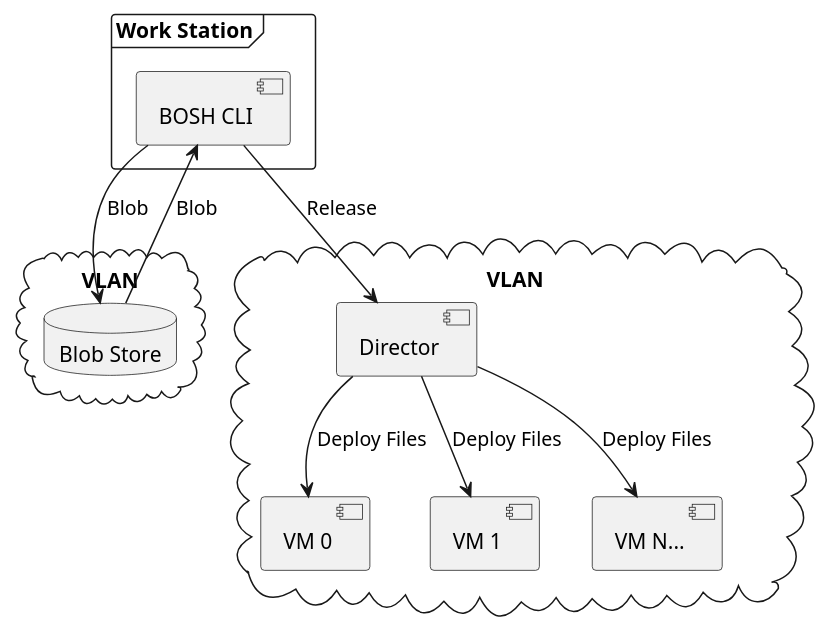
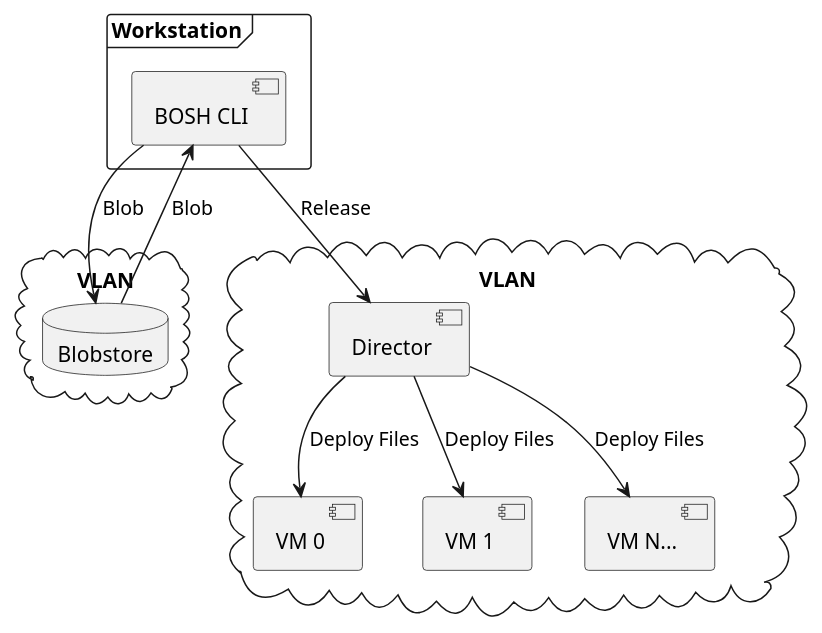
Before and after one commit to keitax/blog-posts: the diagram in puml/20190513-bosh-release.pu, drawn with PlantUML. The commit also changed 2 other files, not shown here.

```diff
--- a/puml/20190513-bosh-release.pu
+++ b/puml/20190513-bosh-release.pu
@@ -1,27 +1,27 @@
 @startuml
 
 skinparam componentStyle uml2
 
-frame "Work Station" {
+frame "Workstation" {
     component "BOSH CLI" as cli
 }
 
 cloud "VLAN" as vlan0 {
-    database "Blob Store" as bstore
+    database "Blobstore" as bstore
 }
 
 cloud "VLAN" as vlan1 {
     component "Director" as director
     component "VM 0" as vm0
     component "VM 1" as vm1
     component "VM N..." as vmn
 }
 
 cli --> bstore : Blob
 bstore --> cli : Blob
 cli --> director : Release
 director --> vm0 : Deploy Files
 director --> vm1 : Deploy Files
 director --> vmn : Deploy Files
 
 @enduml
```
